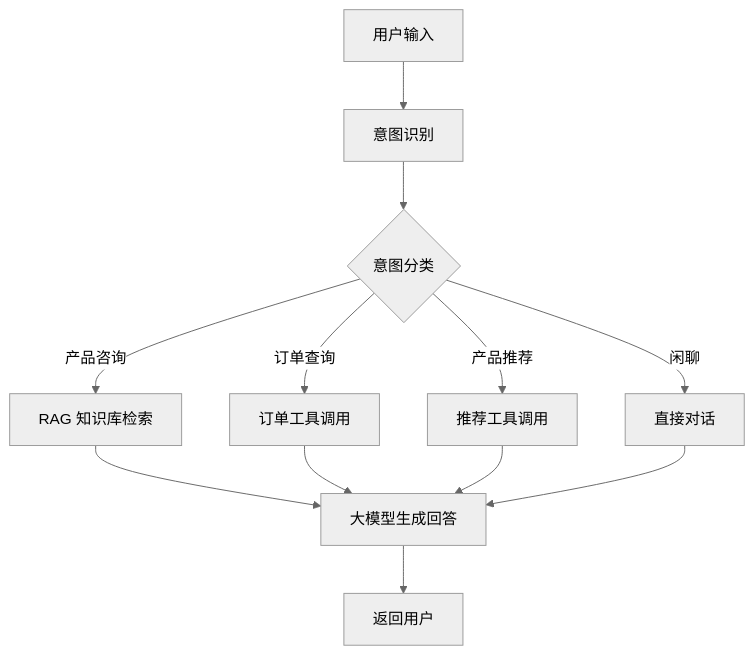
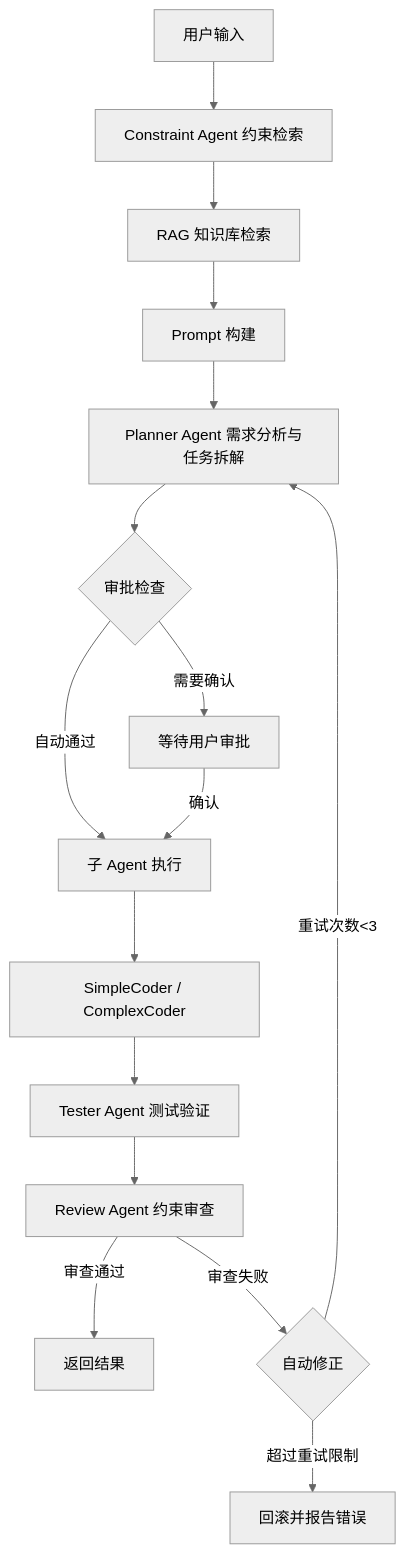
One commit to PMA213X/bandcode changed the diagram in README.md. Above: the diagram before and after it, drawn with Mermaid (neutral theme). The commit also changed other lines of this file and 15 other files, not shown here.

````diff
--- a/README.md
+++ b/README.md
@@ -51,14 +56,18 @@
 ```mermaid
 graph TD
-    A[用户输入] --> B[意图识别]
-    B --> C{意图分类}
-    C -->|产品咨询| D[RAG 知识库检索]
-    C -->|订单查询| E[订单工具调用]
-    C -->|产品推荐| F[推荐工具调用]
-    C -->|闲聊| G[直接对话]
-    D --> H[大模型生成回答]
-    E --> H
-    F --> H
-    G --> H
-    H --> I[返回用户]
+    A[用户输入] --> B[Constraint Agent 约束检索]
+    B --> C[RAG 知识库检索]
+    C --> D[Prompt 构建]
+    D --> E[Planner Agent 需求分析与任务拆解]
+    E --> F{审批检查}
+    F -->|需要确认| G[等待用户审批]
+    F -->|自动通过| H[子 Agent 执行]
+    G -->|确认| H
+    H --> I[SimpleCoder / ComplexCoder]
+    I --> J[Tester Agent 测试验证]
+    J --> K[Review Agent 约束审查]
+    K -->|审查通过| L[返回结果]
+    K -->|审查失败| M{自动修正}
+    M -->|重试次数<3| E
+    M -->|超过重试限制| N[回滚并报告错误]
 ```
````
